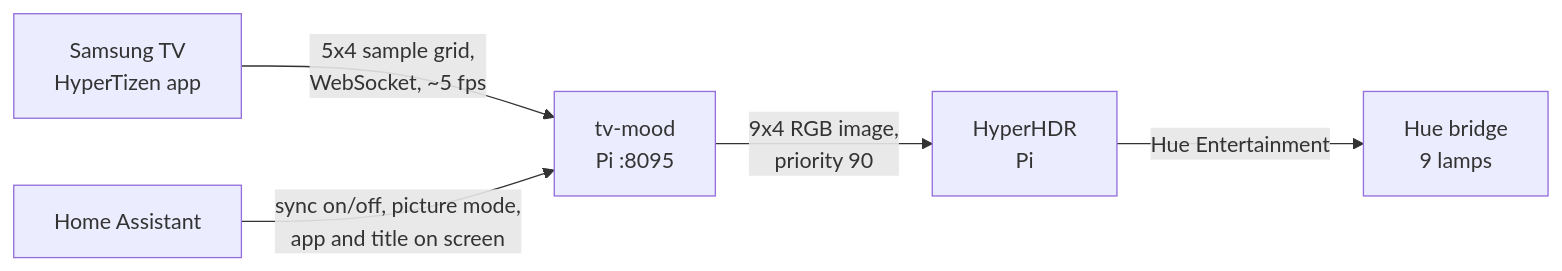
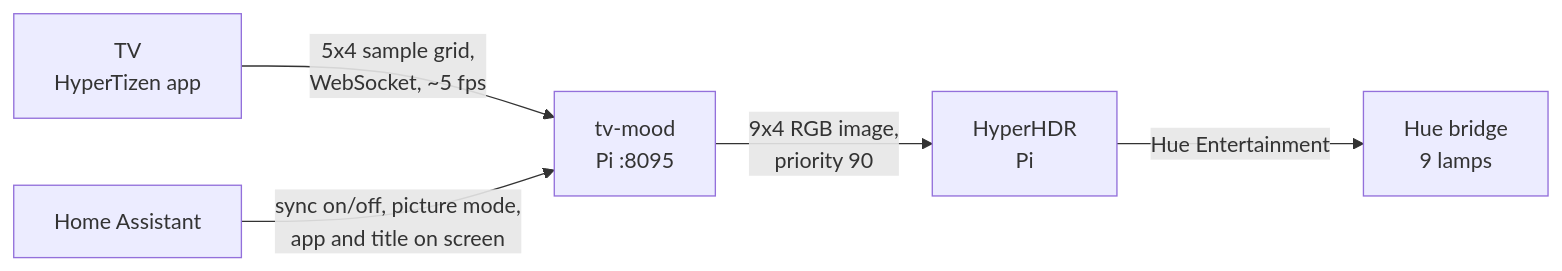
Before and after one commit to gallowforge/homelab: the diagram in docs/tv-ambient-lighting.md, drawn with Mermaid. The commit also changed other lines of this file and 36 other files, not shown here.

````diff
--- a/docs/tv-ambient-lighting.md
+++ b/docs/tv-ambient-lighting.md
@@ -6,7 +6,7 @@
 ```mermaid
 flowchart LR
-  tv["Samsung TV<br/>HyperTizen app"] -- "5x4 sample grid,<br/>WebSocket, ~5 fps" --> mood["tv-mood<br/>Pi :8095"]
+  tv["TV<br/>HyperTizen app"] -- "5x4 sample grid,<br/>WebSocket, ~5 fps" --> mood["tv-mood<br/>Pi :8095"]
   ha["Home Assistant"] -- "sync on/off, picture mode,<br/>app and title on screen" --> mood
   mood -- "9x4 RGB image,<br/>priority 90" --> hh["HyperHDR<br/>Pi"]
   hh -- "Hue Entertainment" --> bridge["Hue bridge<br/>9 lamps"]
 ```
````
